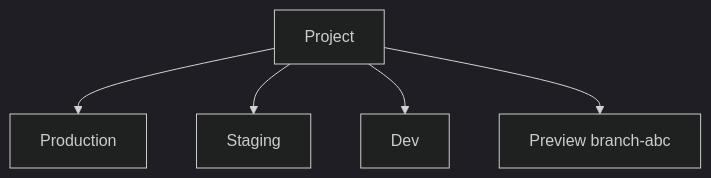
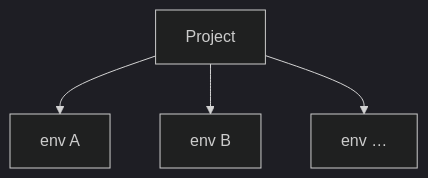
Before and after one commit to zitadel/nextgen: the diagram in docs/adrs/031-configuration-environments.md, drawn with Mermaid (dark theme). The commit also changed other lines of this file, not shown here.

````diff
--- a/docs/adrs/031-configuration-environments.md
+++ b/docs/adrs/031-configuration-environments.md
@@ -21,8 +40,7 @@
 ```mermaid
 flowchart TD
   P[Project]
-  P --> Prod[Production]
-  P --> Stg[Staging]
-  P --> Dev[Dev]
-  P --> Prv[Preview branch-abc]
+  P --> E1[env A]
+  P --> E2[env B]
+  P --> E3[env …]
 ```
````
